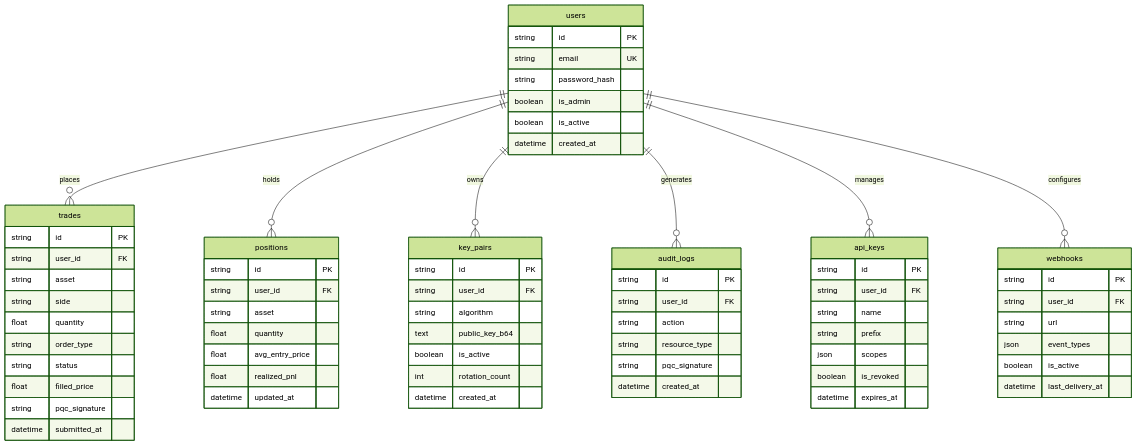
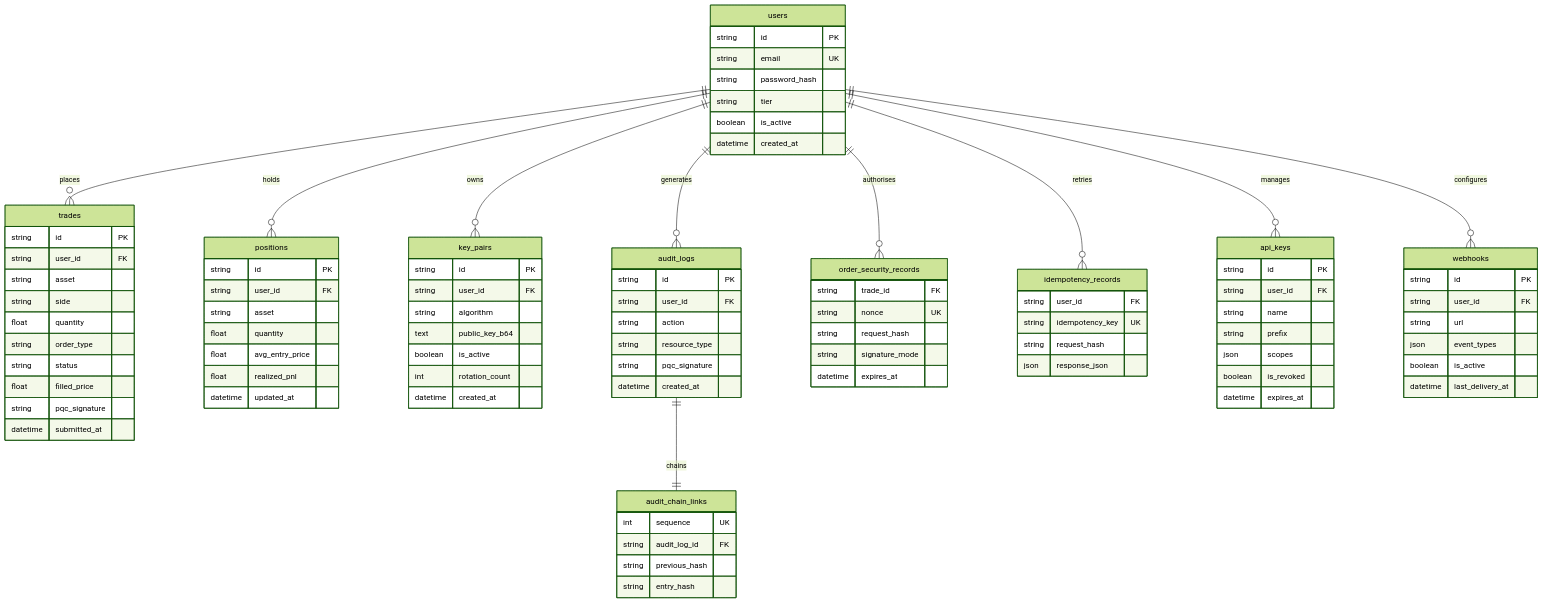
One commit to BugHunterX2101/quantumsentinel-web changed the fourth of 4 diagrams in README.md. Above: the diagram before and after it, drawn with Mermaid (forest theme). The commit also changed other lines of this file and 20 other files, not shown here.

Commit message:
Harden order flow and align research documentation

````diff
--- a/README.md
+++ b/README.md
@@ -223,7 +223,7 @@
         string id PK
         string email UK
         string password_hash
-        boolean is_admin
+        string tier
         boolean is_active
         datetime created_at
     }
@@ -265,6 +265,25 @@
         string pqc_signature
         datetime created_at
     }
+    order_security_records {
+        string trade_id FK
+        string nonce UK
+        string request_hash
+        string signature_mode
+        datetime expires_at
+    }
+    idempotency_records {
+        string user_id FK
+        string idempotency_key UK
+        string request_hash
+        json response_json
+    }
+    audit_chain_links {
+        int sequence UK
+        string audit_log_id FK
+        string previous_hash
+        string entry_hash
+    }
     api_keys {
         string id PK
         string user_id FK
@@ -287,6 +306,9 @@
     users ||--o{ positions : "holds"
     users ||--o{ key_pairs : "owns"
     users ||--o{ audit_logs : "generates"
+    users ||--o{ order_security_records : "authorises"
+    users ||--o{ idempotency_records : "retries"
+    audit_logs ||--|| audit_chain_links : "chains"
     users ||--o{ api_keys : "manages"
     users ||--o{ webhooks : "configures"
 ```
````
